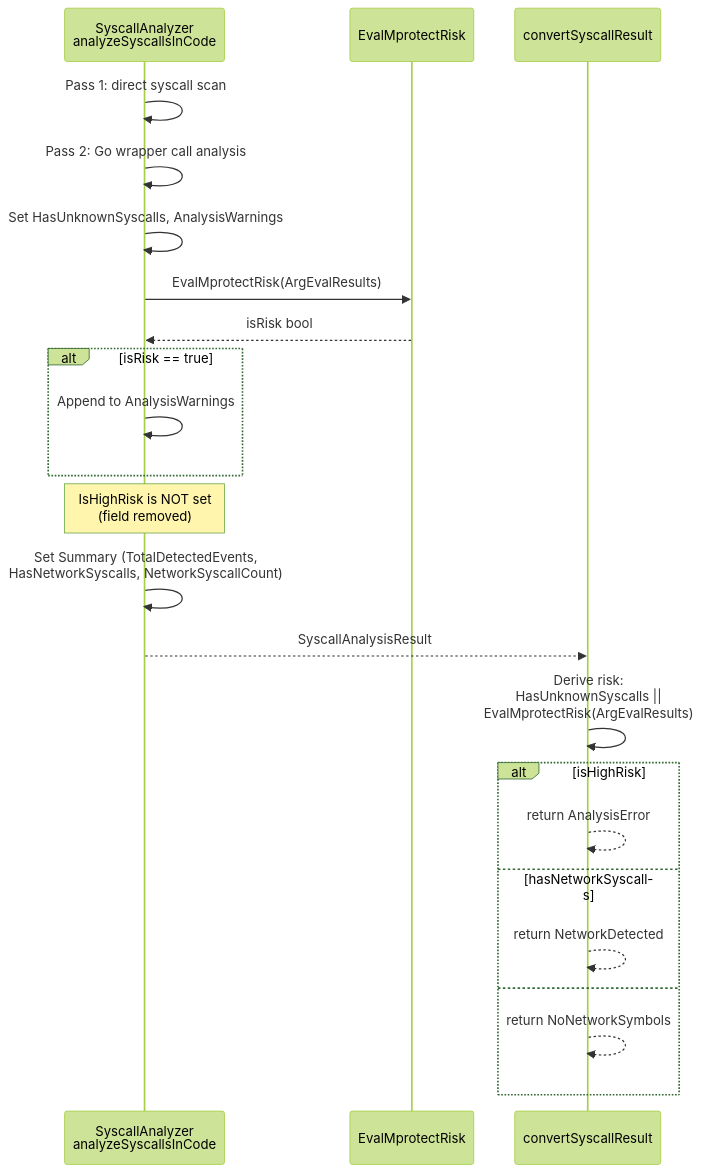
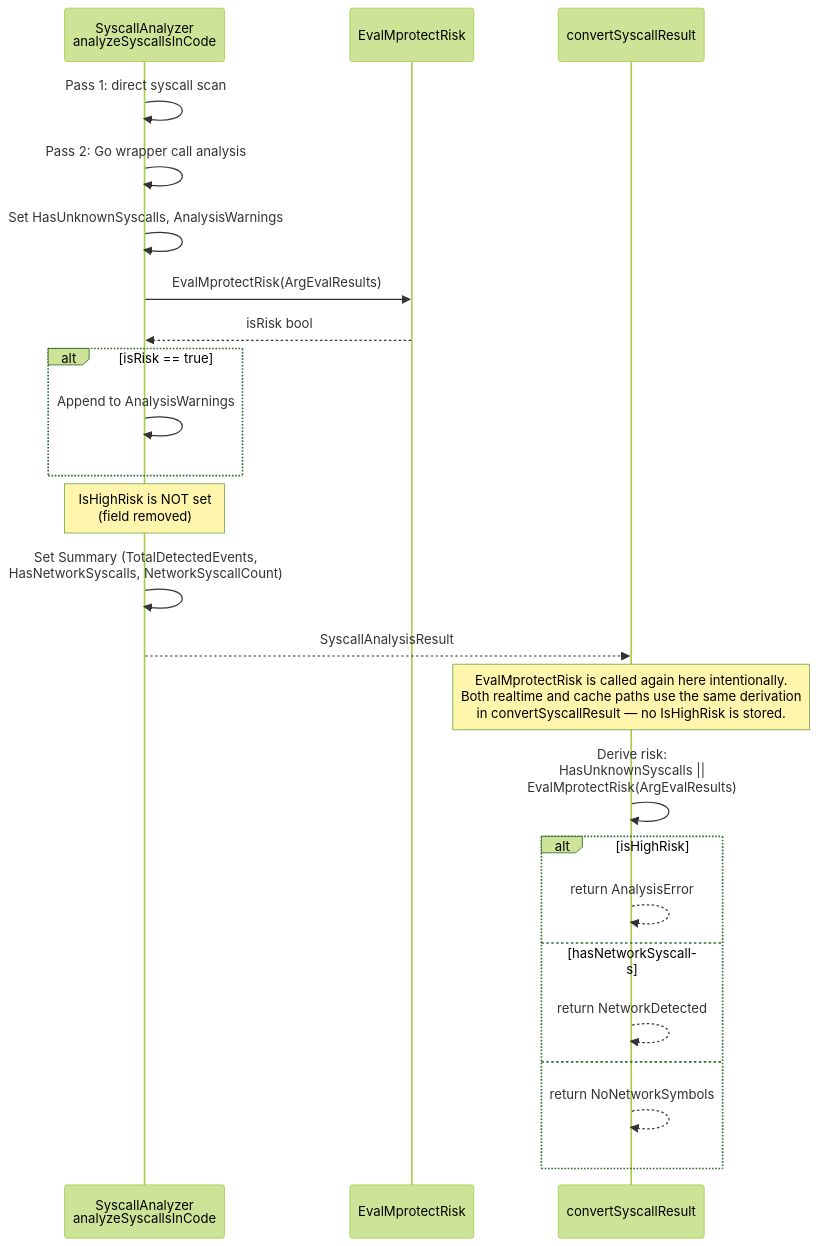
Before and after one commit to isseis/go-safe-cmd-runner: the sixth of 8 diagrams in docs/tasks/0080_remove_is_high_risk/02_architecture.md, drawn with Mermaid (forest theme). The commit also changed other lines of this file and 1 other file, not shown here.

First line of the commit message:
docs(0080): fix review issues in architecture and detailed spec

````diff
--- a/docs/tasks/0080_remove_is_high_risk/02_architecture.md
+++ b/docs/tasks/0080_remove_is_high_risk/02_architecture.md
@@ -253,32 +253,33 @@
 ```mermaid
 sequenceDiagram
     participant SA as SyscallAnalyzer<br>analyzeSyscallsInCode
     participant MR as EvalMprotectRisk
     participant CS as convertSyscallResult
 
     SA->>SA: Pass 1: direct syscall scan
     SA->>SA: Pass 2: Go wrapper call analysis
     SA->>SA: Set HasUnknownSyscalls, AnalysisWarnings
 
     SA->>MR: EvalMprotectRisk(ArgEvalResults)
     MR-->>SA: isRisk bool
 
     alt isRisk == true
         SA->>SA: Append to AnalysisWarnings
     end
 
     Note over SA: IsHighRisk is NOT set<br>(field removed)
 
     SA->>SA: Set Summary (TotalDetectedEvents,<br>HasNetworkSyscalls, NetworkSyscallCount)
     SA-->>CS: SyscallAnalysisResult
 
+    Note over CS: EvalMprotectRisk is called again here intentionally.<br>Both realtime and cache paths use the same derivation<br>in convertSyscallResult — no IsHighRisk is stored.
     CS->>CS: Derive risk:<br>HasUnknownSyscalls ||<br>EvalMprotectRisk(ArgEvalResults)
 
     alt isHighRisk
         CS-->>CS: return AnalysisError
     else hasNetworkSyscalls
         CS-->>CS: return NetworkDetected
     else
         CS-->>CS: return NoNetworkSymbols
     end
 ```
````
